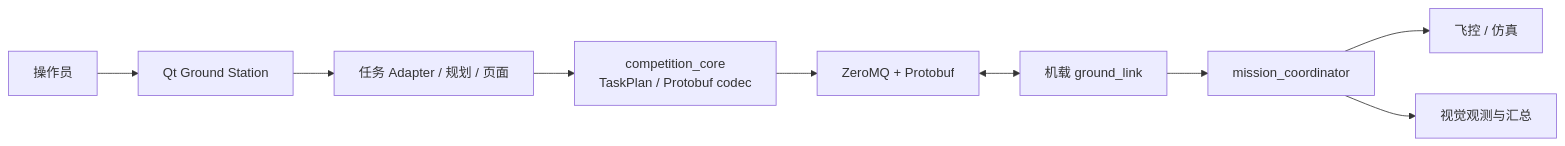
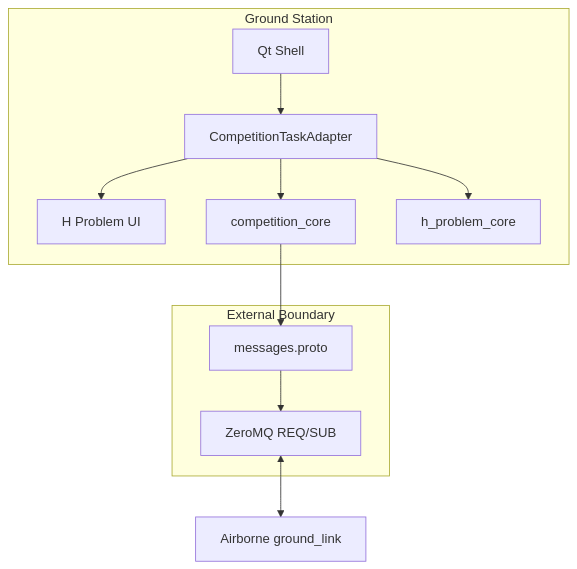
Before and after one commit to Wanqiq7/NUEDC_Test: the second of 2 diagrams in README.md, drawn with Mermaid. The commit also changed other lines of this file, not shown here.

Commit message:
docs: reorganize ground station guide

````diff
--- a/README.md
+++ b/README.md
@@ -37,11 +240,23 @@
 ```mermaid
-flowchart LR
-    Operator["操作员"] --> Ui["Qt Ground Station"]
-    Ui --> Adapter["任务 Adapter / 规划 / 页面"]
-    Adapter --> Core["competition_core\nTaskPlan / Protobuf codec"]
-    Core --> Zmq["ZeroMQ + Protobuf"]
-    Zmq <--> Airborne["机载 ground_link"]
-    Airborne --> Coordinator["mission_coordinator"]
-    Coordinator --> Flight["飞控 / 仿真"]
-    Coordinator --> Vision["视觉观测与汇总"]
+flowchart TB
+    subgraph Ground["Ground Station"]
+        Shell["Qt Shell"]
+        Adapter["CompetitionTaskAdapter"]
+        HUi["H Problem UI"]
+        Core["competition_core"]
+        HCore["h_problem_core"]
+    end
+
+    subgraph Boundary["External Boundary"]
+        Proto["messages.proto"]
+        Zmq["ZeroMQ REQ/SUB"]
+    end
+
+    Shell --> Adapter
+    Adapter --> HUi
+    Adapter --> Core
+    Adapter --> HCore
+    Core --> Proto
+    Proto --> Zmq
+    Zmq <--> Airborne["Airborne ground_link"]
 ```
````
